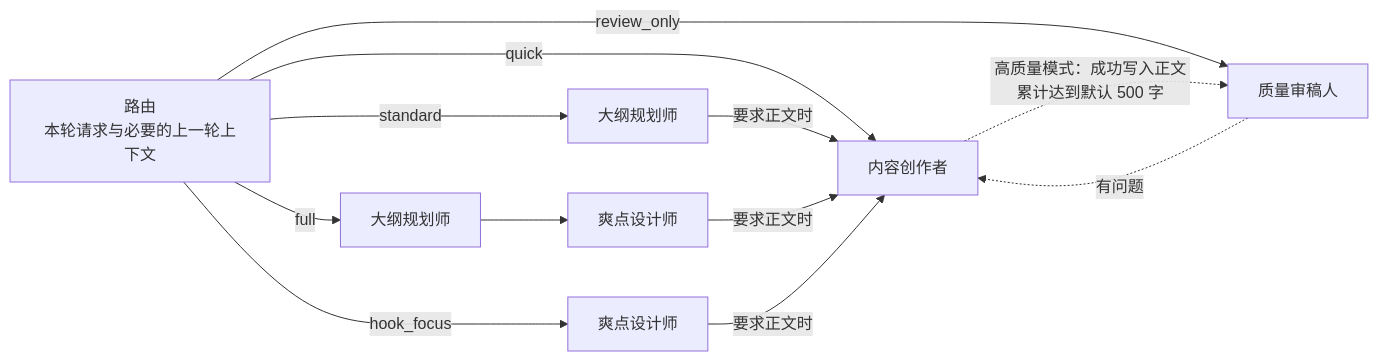
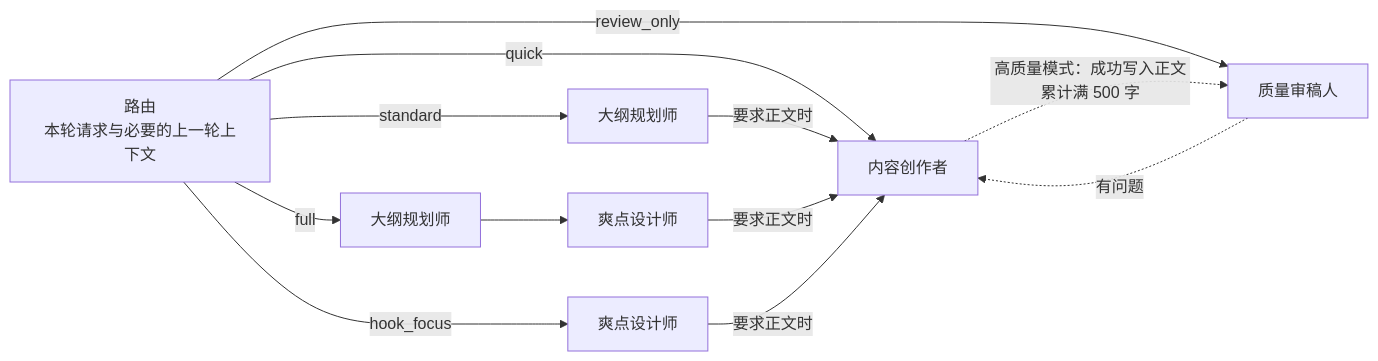
One commit to zenstory-ai/zenstory changed the diagram in README.md. Above: the diagram before and after it, drawn with Mermaid. The commit also changed other lines of this file and 3 other files, not shown here.

````diff
--- a/README.md
+++ b/README.md
@@ -64,10 +146,10 @@
 ```mermaid
 flowchart LR
     R["路由<br/>本轮请求与必要的上一轮上下文"] -->|quick| W["内容创作者"]
     R -->|standard| P["大纲规划师"] -->|要求正文时| W
     R -->|full| P2["大纲规划师"] --> H["爽点设计师"] -->|要求正文时| W
     R -->|hook_focus| H2["爽点设计师"] -->|要求正文时| W
     R -->|review_only| Q["质量审稿人"]
-    W -. 高质量模式：成功写入正文累计达到默认 500 字 .-> Q
+    W -. 高质量模式：成功写入正文累计满 500 字 .-> Q
     Q -. 有问题 .-> W
 ```
````
